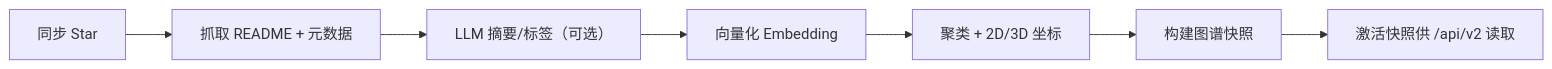
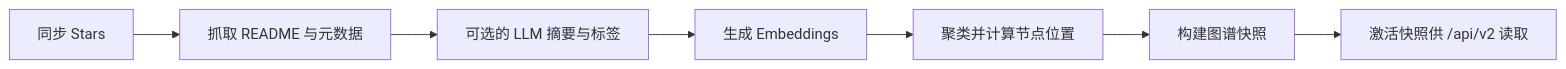
Before and after one commit to Tendo33/MyNebula: the second of 2 diagrams in README.zh.md, drawn with Mermaid. The commit also changed other lines of this file and 2 other files, not shown here.

````diff
--- a/README.zh.md
+++ b/README.zh.md
@@ -60,9 +139,9 @@
 ```mermaid
 flowchart LR
-    A["同步 Star"] --> B["抓取 README + 元数据"]
-    B --> C["LLM 摘要/标签（可选）"]
-    C --> D["向量化 Embedding"]
-    D --> E["聚类 + 2D/3D 坐标"]
+    A["同步 Stars"] --> B["抓取 README 与元数据"]
+    B --> C["可选的 LLM 摘要与标签"]
+    C --> D["生成 Embeddings"]
+    D --> E["聚类并计算节点位置"]
     E --> F["构建图谱快照"]
     F --> G["激活快照供 /api/v2 读取"]
 ```
````
